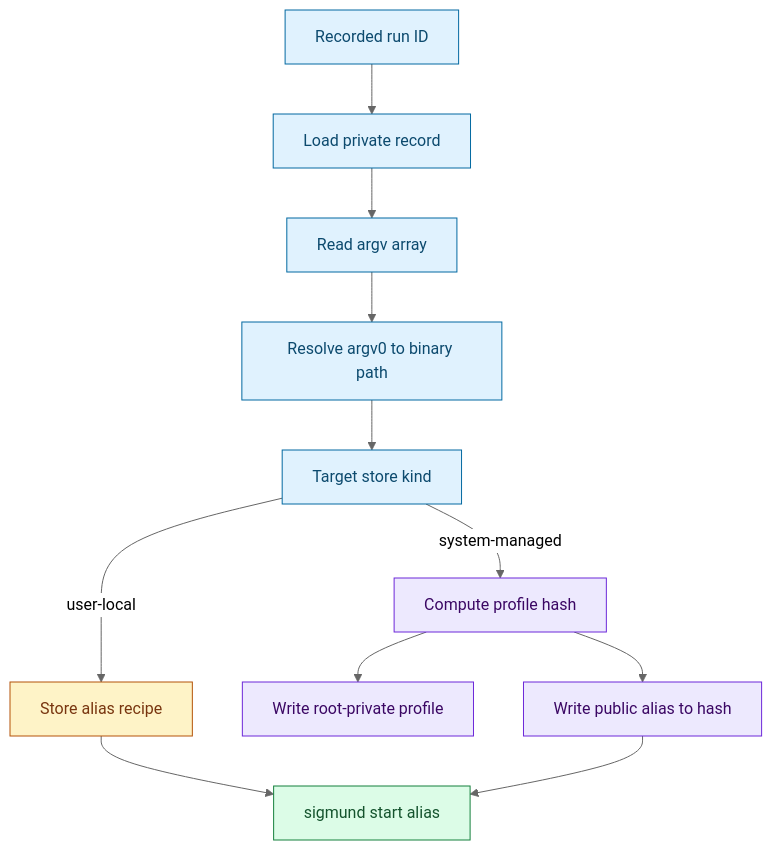
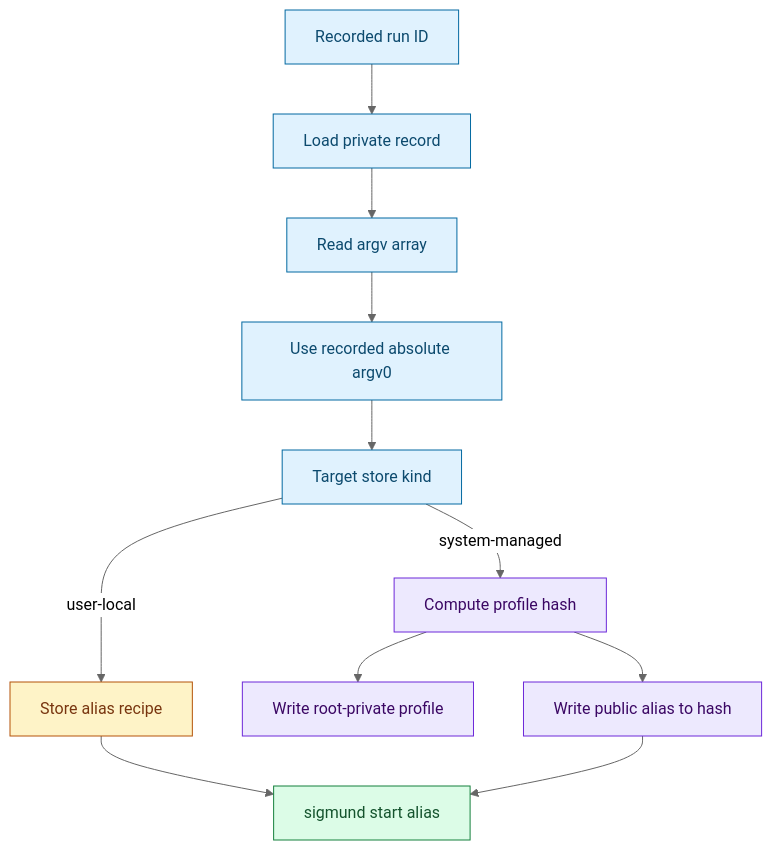
One commit to RchGrav/onhold changed the first of 2 diagrams in docs/profiles-and-aliases.md. Above: the diagram before and after it, drawn with Mermaid (neutral theme). The commit also changed other lines of this file and 19 other files, not shown here.

````diff
--- a/docs/profiles-and-aliases.md
+++ b/docs/profiles-and-aliases.md
@@ -16,22 +16,22 @@
 ```mermaid
 flowchart TD
     Run["Recorded run ID"] --> Load["Load private record"]
     Load --> Args["Read argv array"]
-    Args --> Bin["Resolve argv0 to binary path"]
+    Args --> Bin["Use recorded absolute argv0"]
     Bin --> Scope["Target store kind"]
     Scope -->|user-local| Recipe["Store alias recipe"]
     Scope -->|system-managed| Hash["Compute profile hash"]
     Hash --> Profile["Write root-private profile"]
     Hash --> PublicAlias["Write public alias to hash"]
     Recipe --> Future["sigmund start alias"]
     PublicAlias --> Future
 
     classDef source fill:#e0f2fe,stroke:#0369a1,color:#0c4a6e
     classDef recipe fill:#fef3c7,stroke:#b45309,color:#78350f
     classDef hash fill:#ede9fe,stroke:#6d28d9,color:#3b0764
     classDef launch fill:#dcfce7,stroke:#15803d,color:#14532d
     class Run,Load,Args,Bin,Scope source
     class Recipe recipe
     class Hash,Profile,PublicAlias hash
     class Future launch
 ```
````
